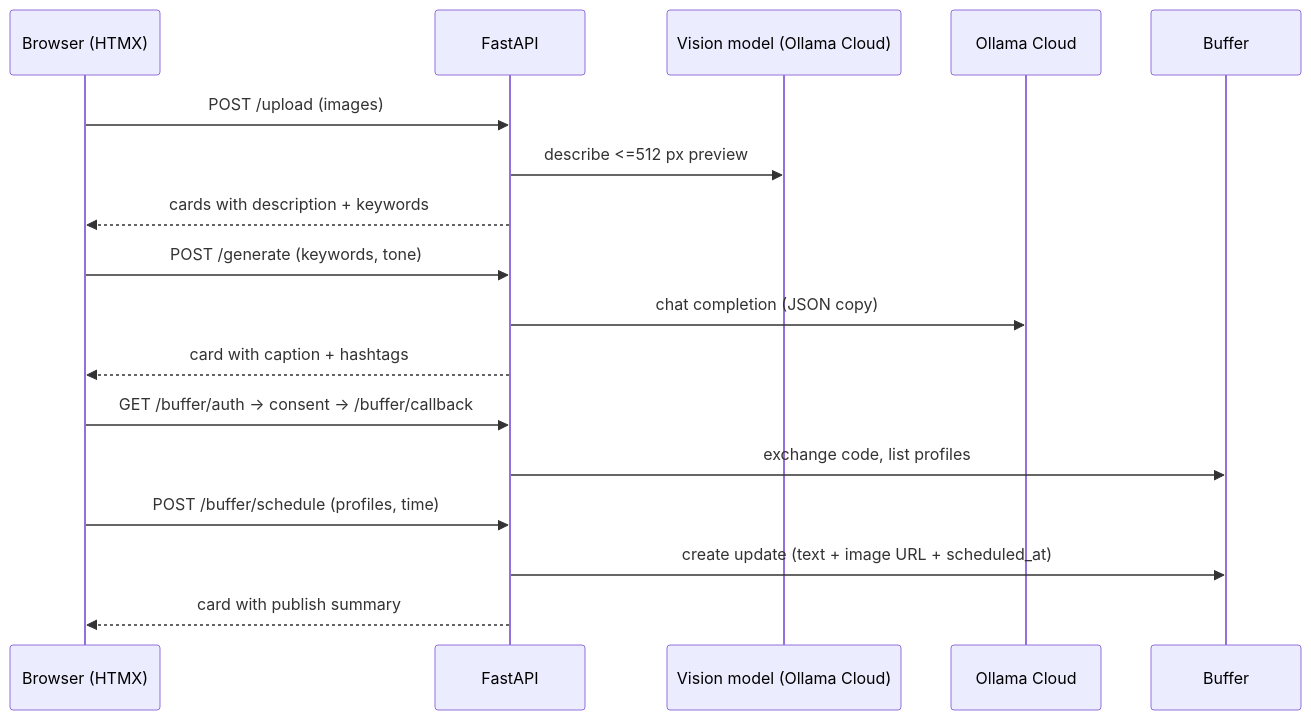
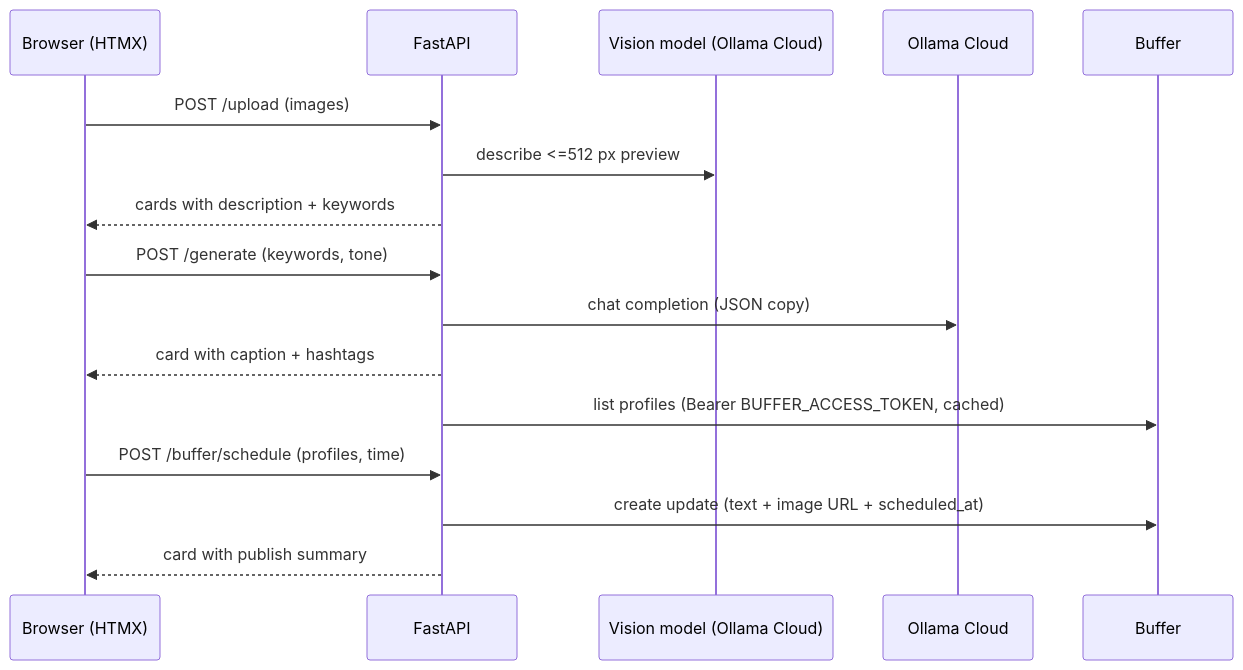
The diagram in README.md (Aminul1993/Social-Booster), drawn with Mermaid before and after one commit. The commit also changed other lines of this file and 48 other files, not shown here.

````diff
--- a/README.md
+++ b/README.md
@@ -74,19 +77,18 @@
 ```mermaid
 sequenceDiagram
     participant U as Browser (HTMX)
     participant A as FastAPI
     participant V as Vision model (Ollama Cloud)
     participant O as Ollama Cloud
     participant B as Buffer
     U->>A: POST /upload (images)
     A->>V: describe <=512 px preview
     A-->>U: cards with description + keywords
     U->>A: POST /generate (keywords, tone)
     A->>O: chat completion (JSON copy)
     A-->>U: card with caption + hashtags
-    U->>A: GET /buffer/auth -> consent -> /buffer/callback
-    A->>B: exchange code, list profiles
+    A->>B: list profiles (Bearer BUFFER_ACCESS_TOKEN, cached)
     U->>A: POST /buffer/schedule (profiles, time)
     A->>B: create update (text + image URL + scheduled_at)
     A-->>U: card with publish summary
 ```
````
